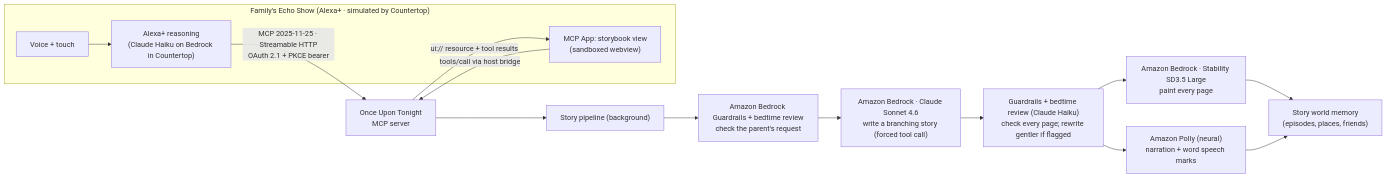
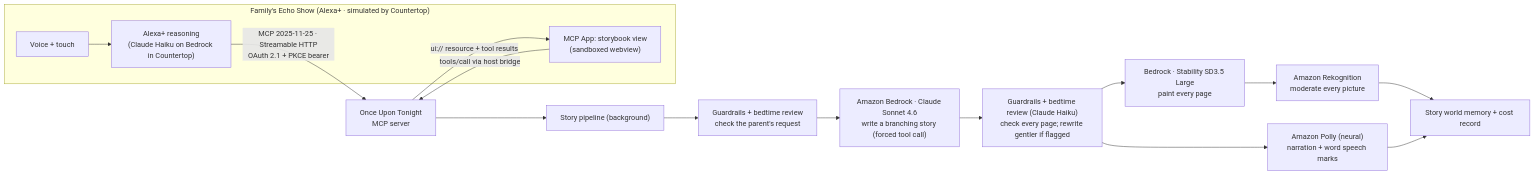
One commit to PRIEST099/once-upon-tonight changed the diagram in README.md. Above: the diagram before and after it, drawn with Mermaid. The commit also changed other lines of this file and 2 other files, not shown here.

````diff
--- a/README.md
+++ b/README.md
@@ -72,17 +90,18 @@
 ```mermaid
 flowchart LR
   subgraph Home["Family's Echo Show (Alexa+ · simulated by Countertop)"]
     V["Voice + touch"] --> A["Alexa+ reasoning<br/>(Claude Haiku on Bedrock in Countertop)"]
     UI["MCP App: storybook view<br/>(sandboxed webview)"]
   end
   A -- "MCP 2025-11-25 · Streamable HTTP<br/>OAuth 2.1 + PKCE bearer" --> S["Once Upon Tonight<br/>MCP server"]
   UI -- "tools/call via host bridge" --> S
   S -- "ui:// resource + tool results" --> UI
   S --> Q["Story pipeline (background)"]
-  Q --> G1["Amazon Bedrock Guardrails + bedtime review<br/>check the parent's request"]
+  Q --> G1["Guardrails + bedtime review<br/>check the parent's request"]
   G1 --> W["Amazon Bedrock · Claude Sonnet 4.6<br/>write a branching story (forced tool call)"]
   W --> G2["Guardrails + bedtime review (Claude Haiku)<br/>check every page; rewrite gentler if flagged"]
-  G2 --> I["Amazon Bedrock · Stability SD3.5 Large<br/>paint every page"]
+  G2 --> I["Bedrock · Stability SD3.5 Large<br/>paint every page"]
+  I --> R["Amazon Rekognition<br/>moderate every picture"]
   G2 --> N["Amazon Polly (neural)<br/>narration + word speech marks"]
-  I & N --> M["Story world memory<br/>(episodes, places, friends)"]
+  R & N --> M["Story world memory + cost record"]
 ```
````
